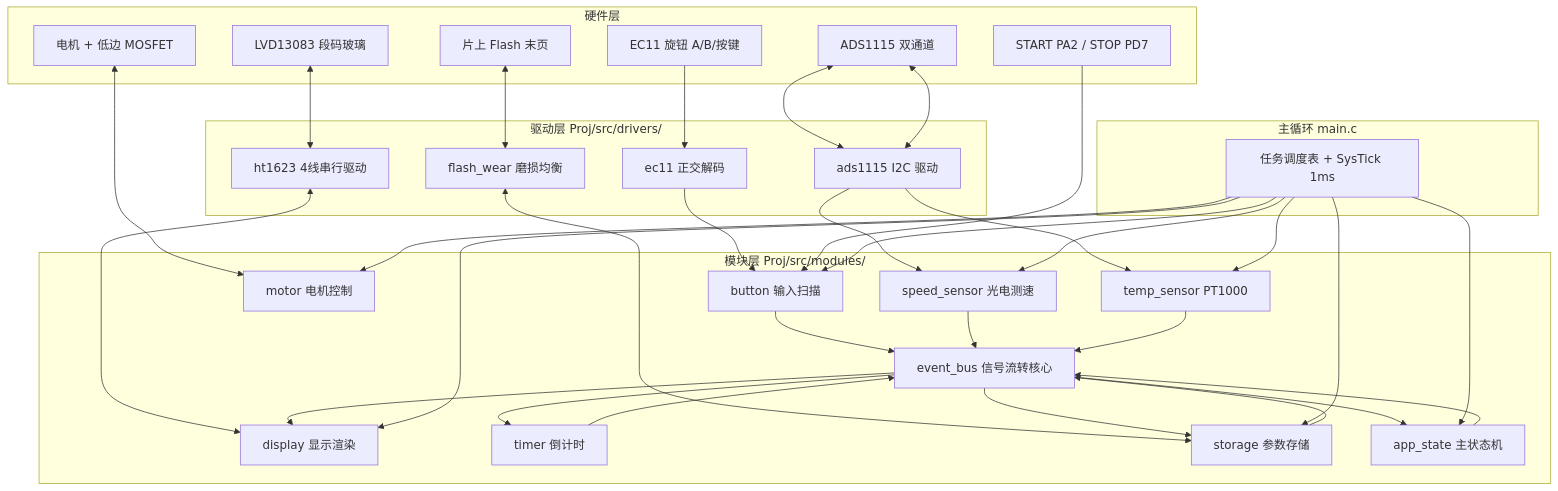
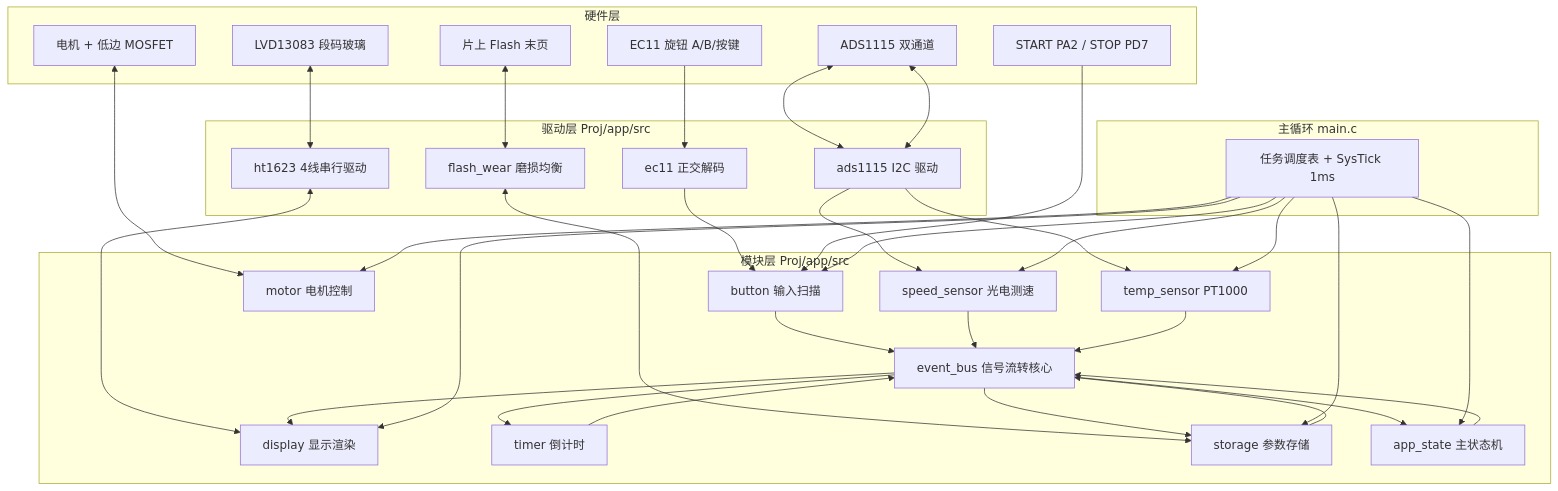
Before and after one commit to Gelow-serafind/Homogenizer-Proj-ES-motor: the first of 4 diagrams in doc/软件架构设计.md, drawn with Mermaid. The commit also changed other lines of this file and 34 other files, not shown here.

````diff
--- a/doc/软件架构设计.md
+++ b/doc/软件架构设计.md
@@ -15,61 +15,61 @@
 ```mermaid
 flowchart TB
   subgraph HW[硬件层]
     EC11[EC11 旋钮 A/B/按键]
     KEY[START PA2 / STOP PD7]
     MOTOR[电机 + 低边 MOSFET]
     GLASS[LVD13083 段码玻璃]
     ADS[ADS1115 双通道]
     FLASH[片上 Flash 末页]
   end
 
-  subgraph DRV[驱动层 Proj/src/drivers/]
+  subgraph DRV[驱动层 Proj/app/src]
     EC11D[ec11 正交解码]
     HT1623D[ht1623 4线串行驱动]
     ADSD[ads1115 I2C 驱动]
     FWD[flash_wear 磨损均衡]
   end
 
-  subgraph MOD[模块层 Proj/src/modules/]
+  subgraph MOD[模块层 Proj/app/src]
     BTN[button 输入扫描]
     DISP[display 显示渲染]
     MOT[motor 电机控制]
     SPD[speed_sensor 光电测速]
     TMP[temp_sensor PT1000]
     TMR[timer 倒计时]
     STR[storage 参数存储]
     APP[app_state 主状态机]
     EB[event_bus 信号流转核心]
   end
 
   subgraph LOOP[主循环 main.c]
     TASK[任务调度表 + SysTick 1ms]
   end
 
   EC11 --> EC11D --> BTN
   KEY --> BTN
   MOTOR <--> MOT
   GLASS <--> HT1623D <--> DISP
   ADS <--> ADSD --> SPD
   ADS <--> ADSD --> TMP
   FLASH <--> FWD <--> STR
 
   BTN --> EB
   APP --> EB
   SPD --> EB
   TMR --> EB
   STR --> EB
   TMP --> EB
   EB --> APP
   EB --> DISP
   EB --> TMR
   EB --> STR
 
   TASK --> BTN
   TASK --> APP
   TASK --> MOT
   TASK --> SPD
   TASK --> TMP
   TASK --> DISP
   TASK --> STR
 ```
````
